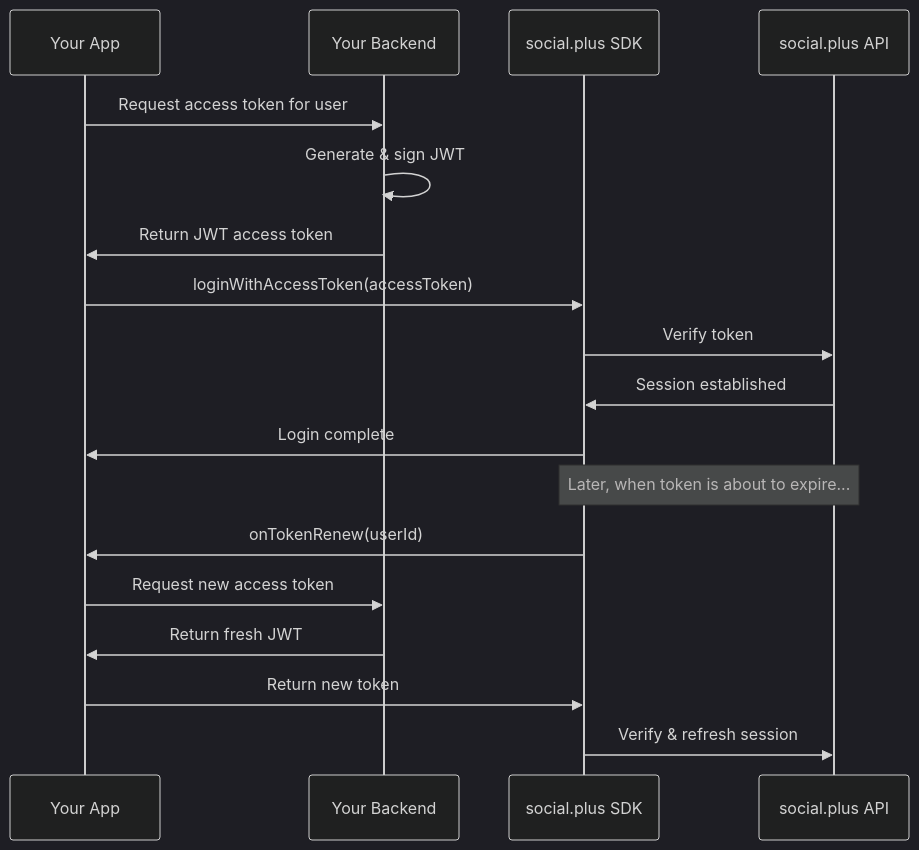
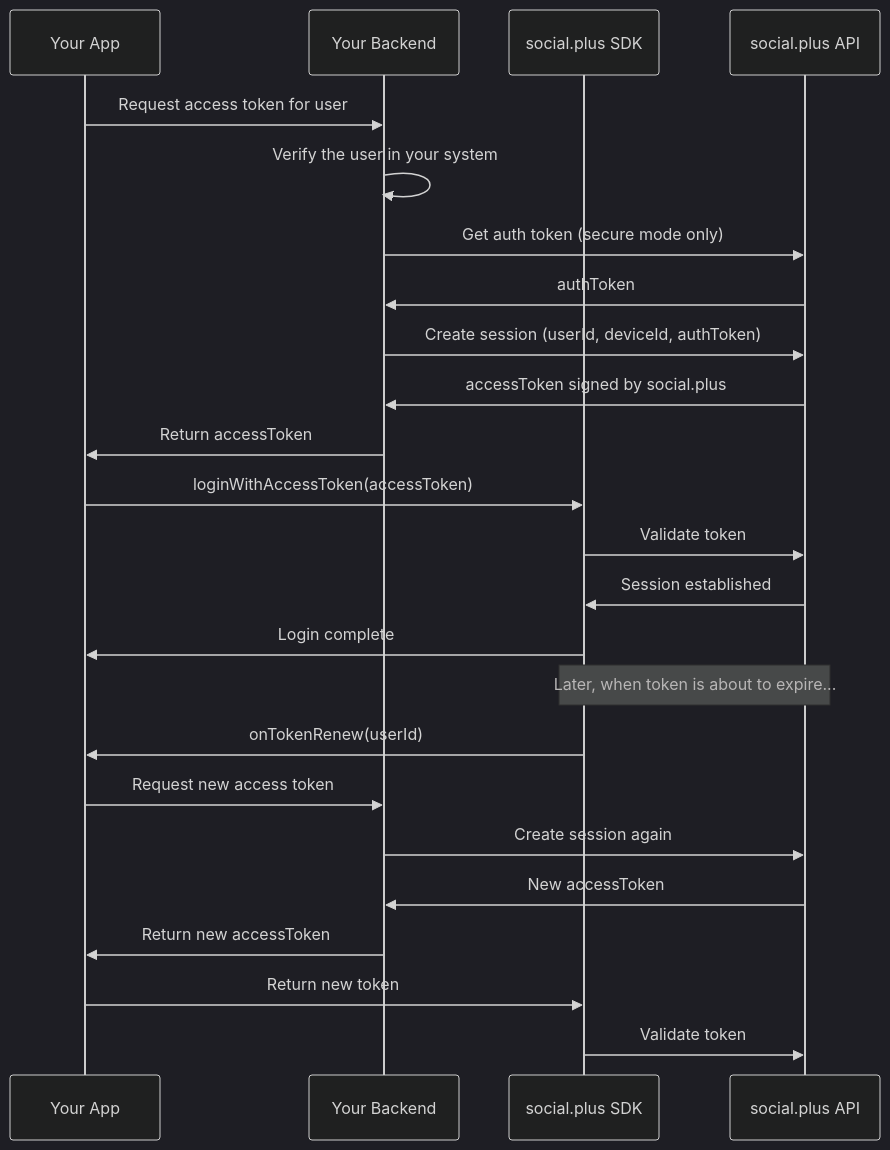
The second of 2 diagrams in social-plus-sdk/getting-started/authentication.mdx (AmityCo/social-plus-docs), drawn with Mermaid (dark theme) before and after one commit. The commit also changed other lines of this file, not shown here.

First line of the commit message:
docs(auth): correct how loginWithAccessToken gets its token

````diff
--- a/social-plus-sdk/getting-started/authentication.mdx
+++ b/social-plus-sdk/getting-started/authentication.mdx
@@ -709,22 +713,28 @@
 ```mermaid
 sequenceDiagram
     participant App as Your App
     participant Backend as Your Backend
     participant SDK as social.plus SDK
     participant API as social.plus API
 
     App->>Backend: Request access token for user
-    Backend->>Backend: Generate & sign JWT
-    Backend->>App: Return JWT access token
+    Backend->>Backend: Verify the user in your system
+    Backend->>API: Get auth token (secure mode only)
+    API->>Backend: authToken
+    Backend->>API: Create session (userId, deviceId, authToken)
+    API->>Backend: accessToken signed by social.plus
+    Backend->>App: Return accessToken
     App->>SDK: loginWithAccessToken(accessToken)
-    SDK->>API: Verify token
+    SDK->>API: Validate token
     API->>SDK: Session established
     SDK->>App: Login complete
 
     Note over SDK,API: Later, when token is about to expire...
     SDK->>App: onTokenRenew(userId)
     App->>Backend: Request new access token
-    Backend->>App: Return fresh JWT
+    Backend->>API: Create session again
+    API->>Backend: New accessToken
+    Backend->>App: Return new accessToken
     App->>SDK: Return new token
-    SDK->>API: Verify & refresh session
+    SDK->>API: Validate token
 ```
````
